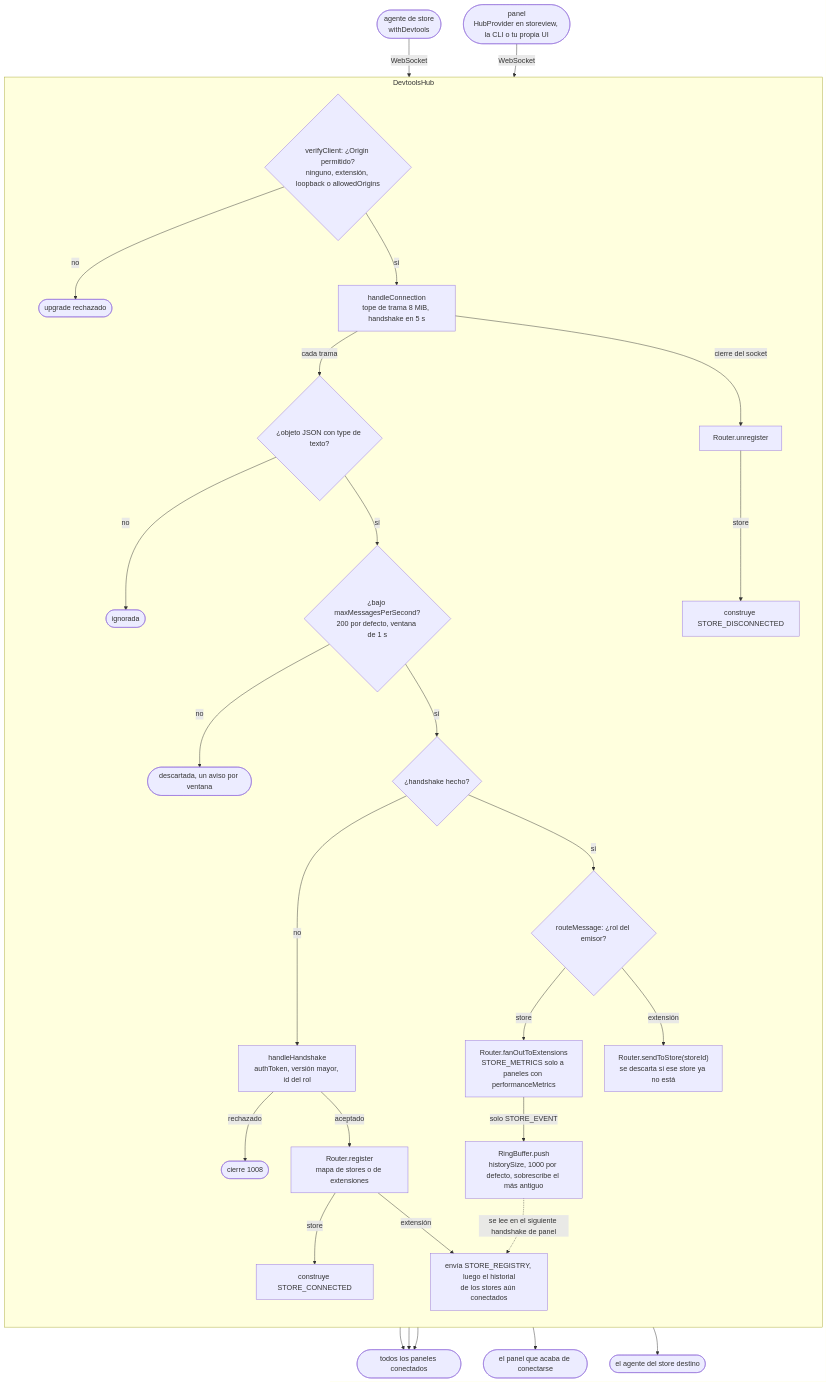
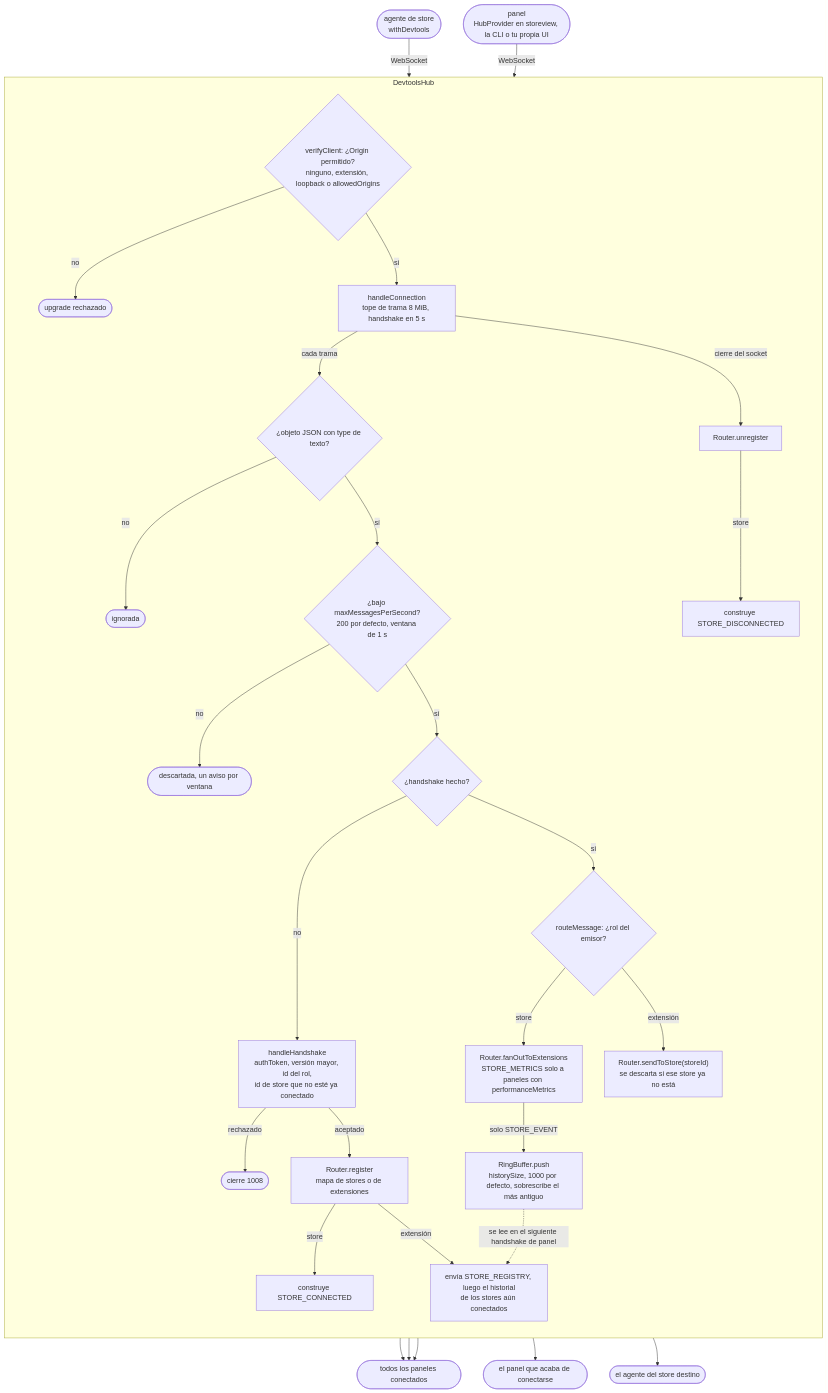
Before and after one commit to yoltra/yoltra: the diagram in devtools/devtools-server/README.es.md, drawn with Mermaid. The commit also changed other lines of this file and 102 other files, not shown here.

````diff
--- a/devtools/devtools-server/README.es.md
+++ b/devtools/devtools-server/README.es.md
@@ -88,37 +101,37 @@
 ```mermaid
 flowchart TD
     agentIn(["agente de store<br/>withDevtools"])
     panelIn(["panel<br/>HubProvider en storeview, la CLI o tu propia UI"])
 
     subgraph hub ["DevtoolsHub"]
     direction TB
         verify{"verifyClient: ¿Origin permitido?<br/>ninguno, extensión, loopback o allowedOrigins"}
         verify -->|"no"| refused(["upgrade rechazado"])
         verify -->|"sí"| conn["handleConnection<br/>tope de trama 8 MiB, handshake en 5 s"]
         conn -->|"cada trama"| shape{"¿objeto JSON con type de texto?"}
         shape -->|"no"| ignored(["ignorada"])
         shape -->|"sí"| rate{"¿bajo maxMessagesPerSecond?<br/>200 por defecto, ventana de 1 s"}
         rate -->|"no"| dropped(["descartada, un aviso por ventana"])
         rate -->|"sí"| shaken{"¿handshake hecho?"}
-        shaken -->|"no"| hs["handleHandshake<br/>authToken, versión mayor, id del rol"]
+        shaken -->|"no"| hs["handleHandshake<br/>authToken, versión mayor, id del rol,<br/>id de store que no esté ya conectado"]
         hs -->|"rechazado"| close1008(["cierre 1008"])
         hs -->|"aceptado"| register["Router.register<br/>mapa de stores o de extensiones"]
         register -->|"store"| joined["construye STORE_CONNECTED"]
         register -->|"extensión"| greet["envía STORE_REGISTRY, luego el historial<br/>de los stores aún conectados"]
         shaken -->|"sí"| route{"routeMessage: ¿rol del emisor?"}
         route -->|"store"| fan["Router.fanOutToExtensions<br/>STORE_METRICS solo a paneles con performanceMetrics"]
         fan -->|"solo STORE_EVENT"| ring["RingBuffer.push<br/>historySize, 1000 por defecto, sobrescribe el más antiguo"]
         ring -.->|"se lee en el siguiente handshake de panel"| greet
         route -->|"extensión"| target["Router.sendToStore(storeId)<br/>se descarta si ese store ya no está"]
         conn -->|"cierre del socket"| unreg["Router.unregister"]
         unreg -->|"store"| left["construye STORE_DISCONNECTED"]
     end
 
     agentIn -->|"WebSocket"| verify
     panelIn -->|"WebSocket"| verify
     fan --> panelOut(["todos los paneles conectados"])
     joined --> panelOut
     left --> panelOut
     greet --> panelNew(["el panel que acaba de conectarse"])
     target --> agentOut(["el agente del store destino"])
 ```
````
